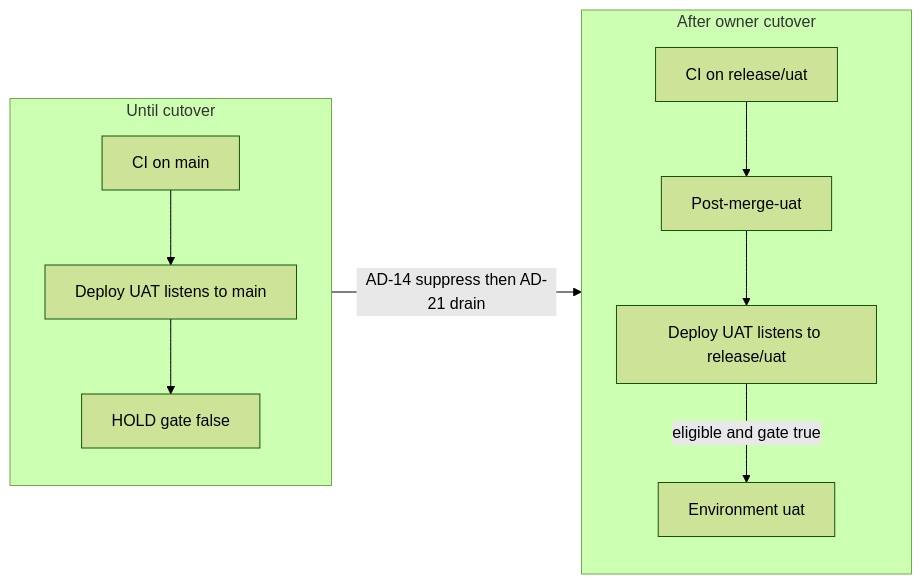
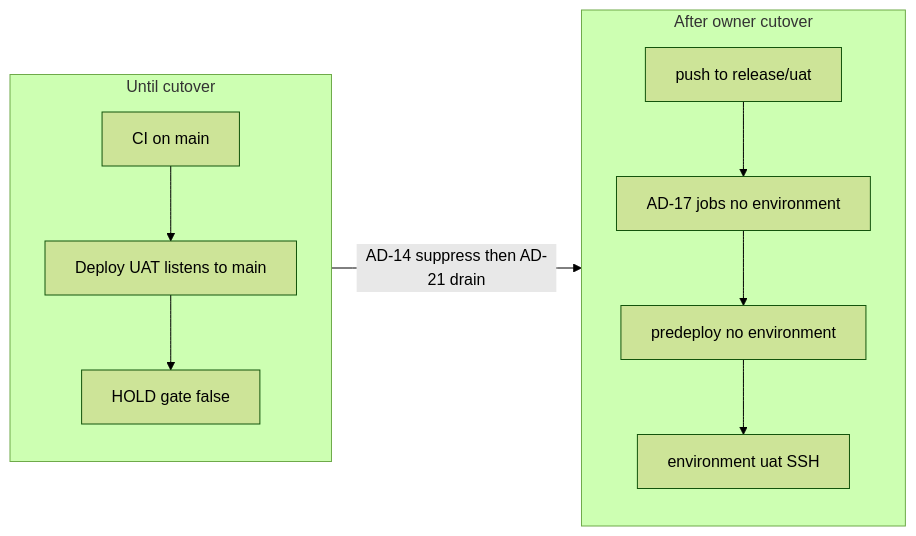
One commit to fad16papa/Cohestra changed the second of 2 diagrams in _bmad-output/planning-artifacts/architecture/architecture-option-b-release-uat-2026-11-02/ARCHITECTURE-SPINE.md. Above: the diagram before and after it, drawn with Mermaid (forest theme). The commit also changed other lines of this file and 13 other files, not shown here.

First line of the commit message:
docs(uat): close Option B Environment-ref and post-merge races

````diff
--- a/_bmad-output/planning-artifacts/architecture/architecture-option-b-release-uat-2026-11-02/ARCHITECTURE-SPINE.md
+++ b/_bmad-output/planning-artifacts/architecture/architecture-option-b-release-uat-2026-11-02/ARCHITECTURE-SPINE.md
@@ -190,17 +212,17 @@
 ```mermaid
 flowchart LR
   subgraph untilCutover [Until cutover]
     MainCI[CI on main]
     OldDeploy[Deploy UAT listens to main]
     Hold[HOLD gate false]
     MainCI --> OldDeploy --> Hold
   end
   subgraph after [After owner cutover]
-    UatCI[CI on release/uat]
-    Post[Post-merge-uat]
-    NewDeploy[Deploy UAT listens to release/uat]
-    Env[Environment uat]
-    UatCI --> Post --> NewDeploy -->|eligible and gate true| Env
+    Push[push to release/uat]
+    Tests[AD-17 jobs no environment]
+    Pre[predeploy no environment]
+    Env[environment uat SSH]
+    Push --> Tests --> Pre --> Env
   end
   untilCutover -->|AD-14 suppress then AD-21 drain| after
 ```
````
